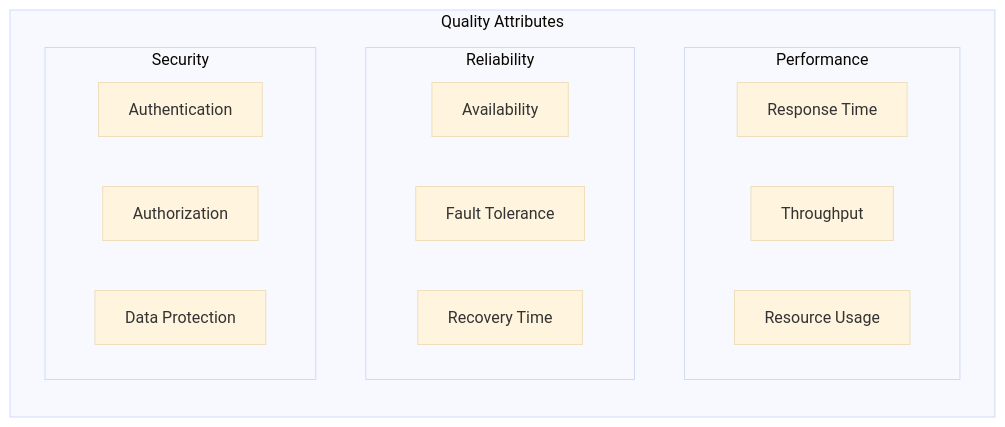
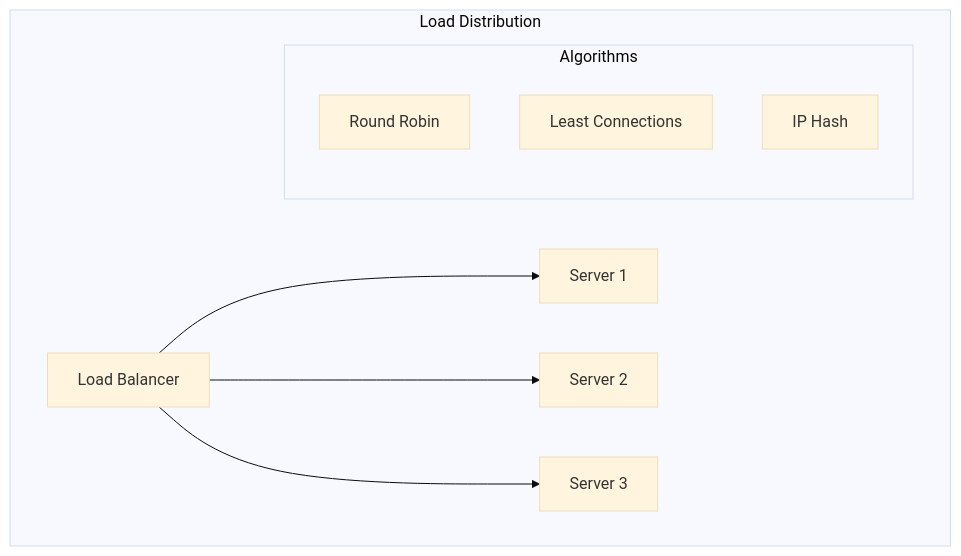
One commit to saravanakumarrc/Architecture_Journey changed the fifth of 8 diagrams in src/Performance_Optimization_Techniques.md. Above: the diagram before and after it, drawn with Mermaid (base theme). The commit also changed other lines of this file and 4 other files, not shown here.

````diff
--- a/src/Performance_Optimization_Techniques.md
+++ b/src/Performance_Optimization_Techniques.md
@@ -76,24 +115,15 @@
 ```mermaid
 graph TB
-    subgraph "Quality Attributes"
-        direction TB
+    subgraph "Load Distribution"
+        LB[Load Balancer]
+        LB --> S1[Server 1]
+        LB --> S2[Server 2]
+        LB --> S3[Server 3]
         
-        subgraph "Performance"
-            P1[Response Time]
-            P2[Throughput]
-            P3[Resource Usage]
-        end
-        
-        subgraph "Reliability"
-            R1[Availability]
-            R2[Fault Tolerance]
-            R3[Recovery Time]
-        end
-        
-        subgraph "Security"
-            S1[Authentication]
-            S2[Authorization]
-            S3[Data Protection]
+        subgraph "Algorithms"
+            RR[Round Robin]
+            LC[Least Connections]
+            IP[IP Hash]
         end
     end
 ```
````
